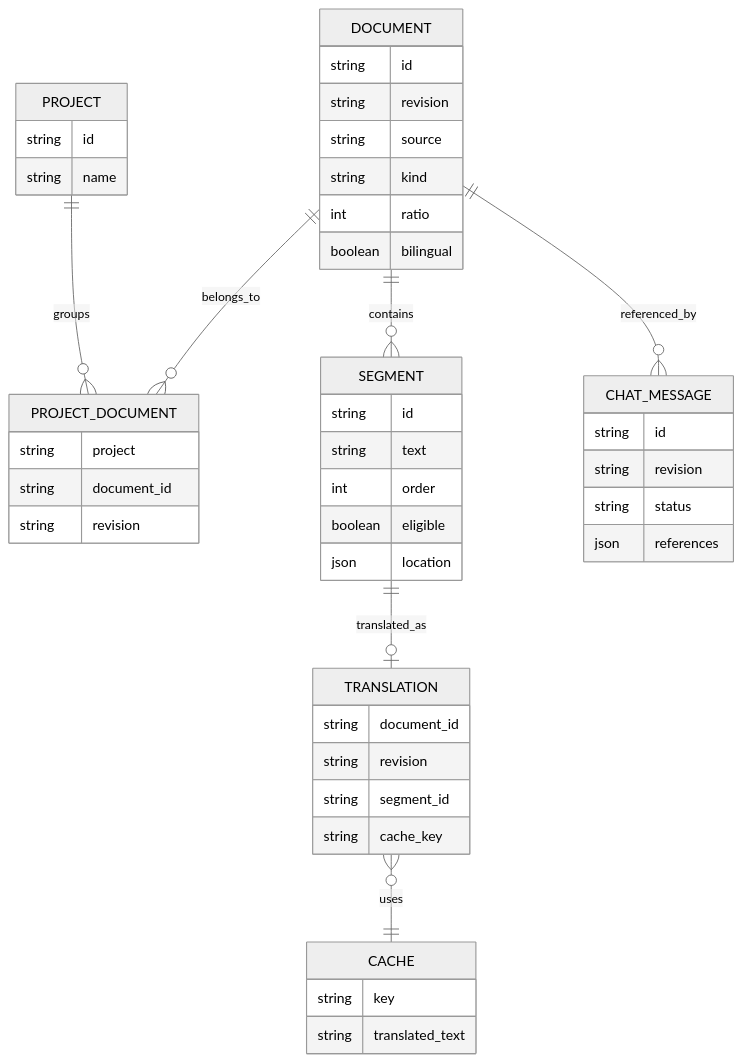
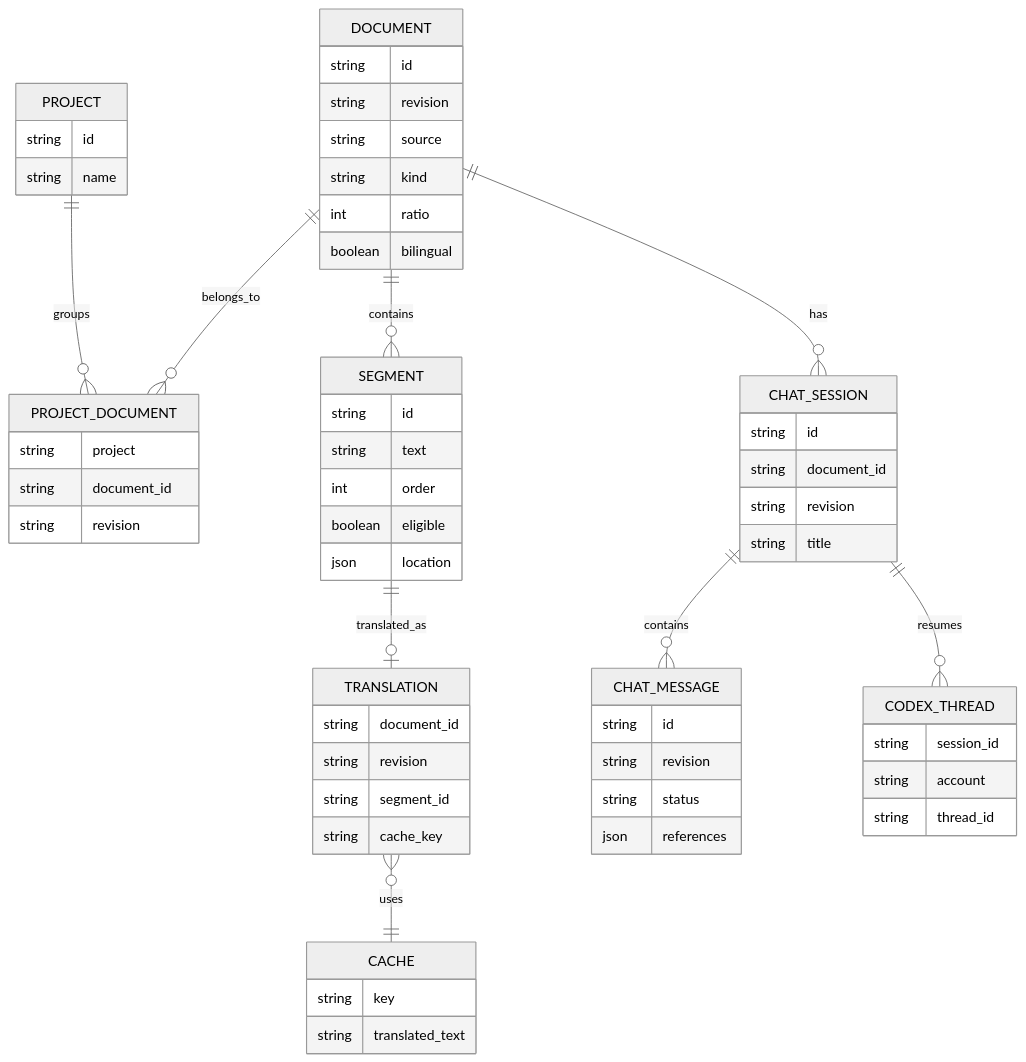
Before and after one commit to k-zshiba/Gradia: the second of 4 diagrams in docs/architecture.md, drawn with Mermaid (neutral theme). The commit also changed other lines of this file and 16 other files, not shown here.

````diff
--- a/docs/architecture.md
+++ b/docs/architecture.md
@@ -34,49 +34,62 @@
 ```mermaid
 erDiagram
   PROJECT ||--o{ PROJECT_DOCUMENT : groups
   DOCUMENT ||--o{ PROJECT_DOCUMENT : belongs_to
   DOCUMENT ||--o{ SEGMENT : contains
   SEGMENT ||--o| TRANSLATION : translated_as
-  DOCUMENT ||--o{ CHAT_MESSAGE : referenced_by
+  DOCUMENT ||--o{ CHAT_SESSION : has
+  CHAT_SESSION ||--o{ CHAT_MESSAGE : contains
+  CHAT_SESSION ||--o{ CODEX_THREAD : resumes
   TRANSLATION }o--|| CACHE : uses
   DOCUMENT {
     string id
     string revision
     string source
     string kind
     int ratio
     boolean bilingual
   }
   PROJECT {
     string id
     string name
   }
   PROJECT_DOCUMENT {
     string project
     string document_id
     string revision
   }
   SEGMENT {
     string id
     string text
     int order
     boolean eligible
     json location
   }
   TRANSLATION {
     string document_id
     string revision
     string segment_id
     string cache_key
   }
   CACHE {
     string key
     string translated_text
   }
   CHAT_MESSAGE {
     string id
     string revision
     string status
     json references
   }
+  CHAT_SESSION {
+    string id
+    string document_id
+    string revision
+    string title
+  }
+  CODEX_THREAD {
+    string session_id
+    string account
+    string thread_id
+  }
 ```
````
